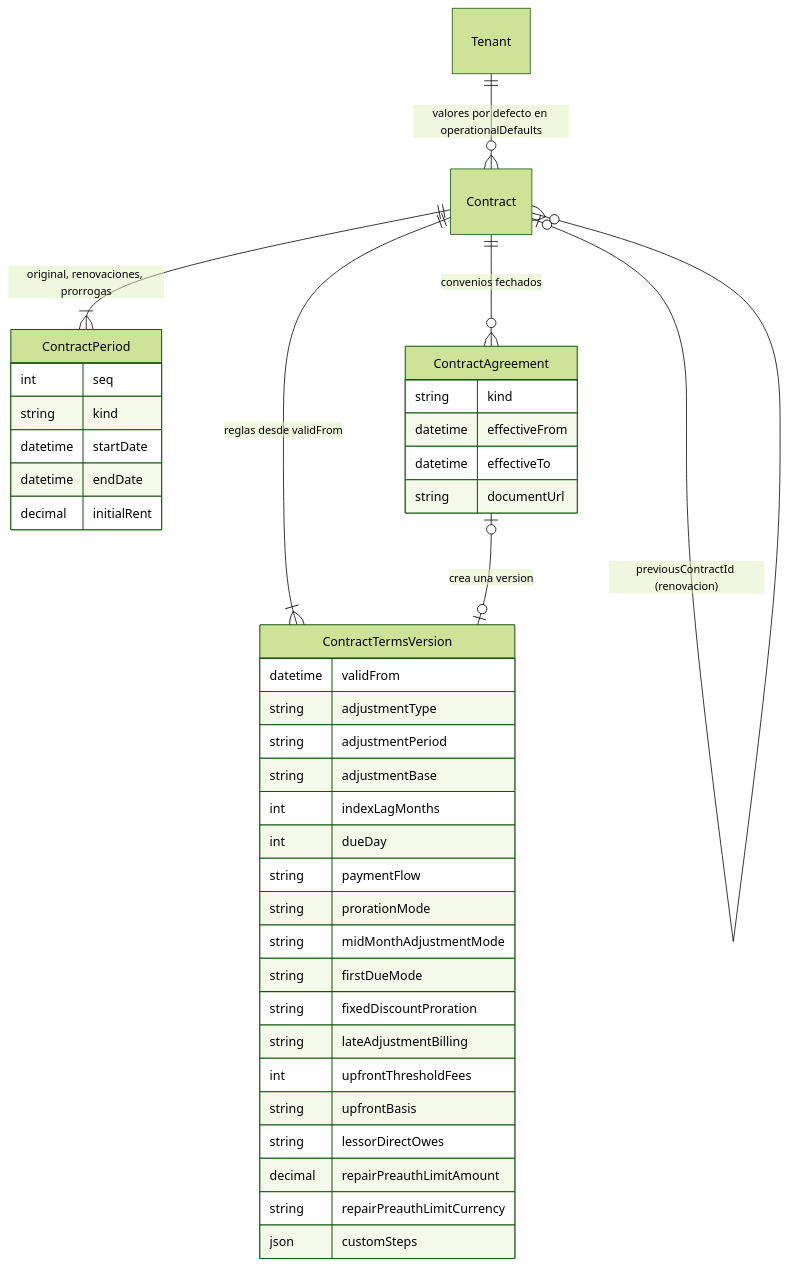
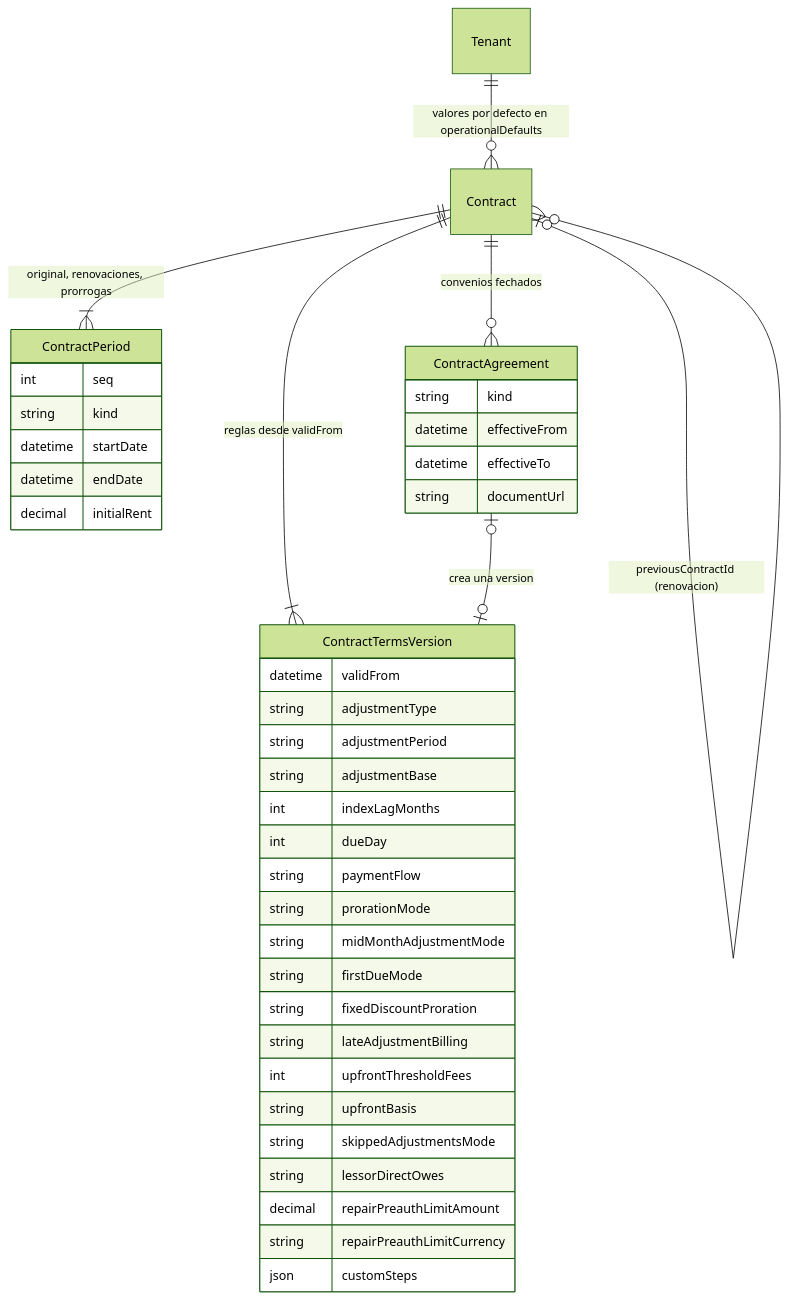
The second of 8 diagrams in docs/tesis/03-modelo-datos.md (RomeV16/Proyecto-Final---Realfy), drawn with Mermaid (forest theme) before and after one commit. The commit also changed other lines of this file and 4 other files, not shown here.

````diff
--- a/docs/tesis/03-modelo-datos.md
+++ b/docs/tesis/03-modelo-datos.md
@@ -235,42 +235,43 @@
 ```mermaid
 erDiagram
     Tenant ||--o{ Contract : "valores por defecto en operationalDefaults"
     Contract ||--|{ ContractPeriod : "original, renovaciones, prorrogas"
     Contract ||--|{ ContractTermsVersion : "reglas desde validFrom"
     Contract ||--o{ ContractAgreement : "convenios fechados"
     ContractAgreement |o--o| ContractTermsVersion : "crea una version"
     Contract |o--o{ Contract : "previousContractId (renovacion)"
     ContractPeriod {
         int seq
         string kind
         datetime startDate
         datetime endDate
         decimal initialRent
     }
     ContractAgreement {
         string kind
         datetime effectiveFrom
         datetime effectiveTo
         string documentUrl
     }
     ContractTermsVersion {
         datetime validFrom
         string adjustmentType
         string adjustmentPeriod
         string adjustmentBase
         int indexLagMonths
         int dueDay
         string paymentFlow
         string prorationMode
         string midMonthAdjustmentMode
         string firstDueMode
         string fixedDiscountProration
         string lateAdjustmentBilling
         int upfrontThresholdFees
         string upfrontBasis
+        string skippedAdjustmentsMode
         string lessorDirectOwes
         decimal repairPreauthLimitAmount
         string repairPreauthLimitCurrency
         json customSteps
     }
 ```
````
